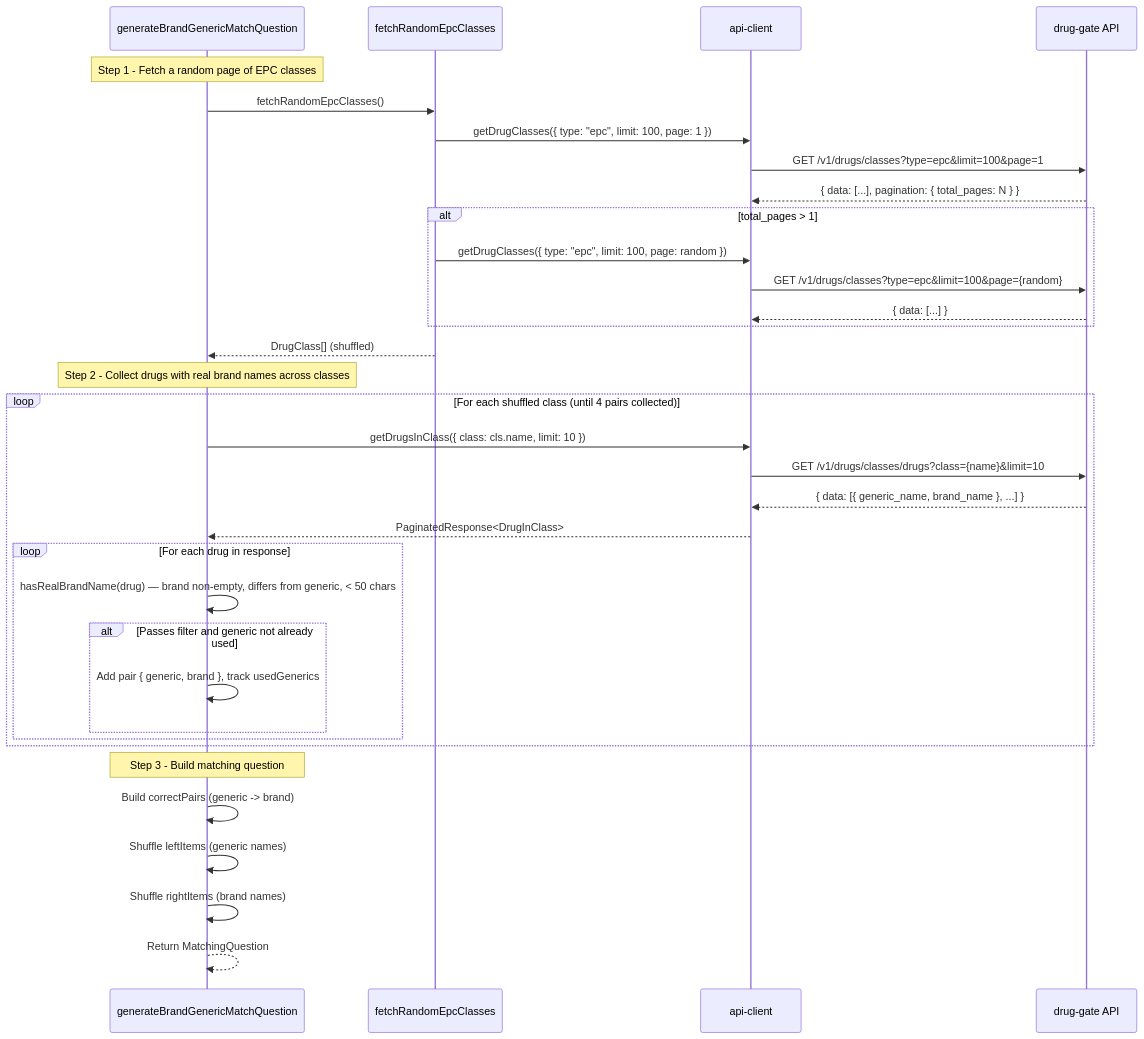
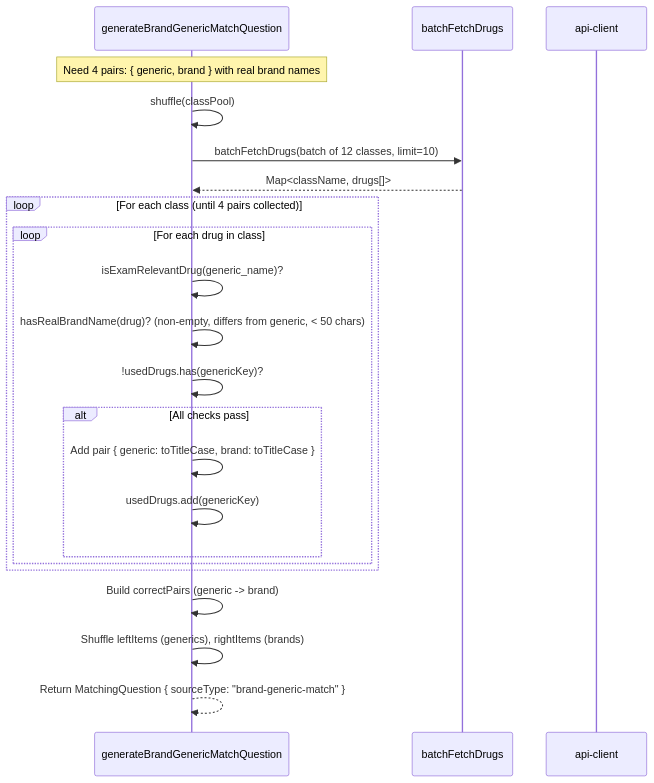
The sixth of 13 diagrams in docs/sequence-diagram.md (finish06/drugs-quiz), drawn with Mermaid before and after one commit. The commit also changed other lines of this file and 1 other file, not shown here.

First line of the commit message:
docs: update CLAUDE.md and sequence diagrams for M3/M4

````diff
--- a/docs/sequence-diagram.md
+++ b/docs/sequence-diagram.md
@@ -154,40 +212,28 @@
 ```mermaid
 sequenceDiagram
     participant Gen as generateBrandGenericMatchQuestion
-    participant Fetch as fetchRandomEpcClasses
+    participant Batch as batchFetchDrugs
     participant API as api-client
-    participant DrugGate as drug-gate API
 
-    Note over Gen: Step 1 - Fetch a random page of EPC classes
-    Gen->>Fetch: fetchRandomEpcClasses()
-    Fetch->>API: getDrugClasses({ type: "epc", limit: 100, page: 1 })
-    API->>DrugGate: GET /v1/drugs/classes?type=epc&limit=100&page=1
-    DrugGate-->>API: { data: [...], pagination: { total_pages: N } }
-    alt total_pages > 1
-        Fetch->>API: getDrugClasses({ type: "epc", limit: 100, page: random })
-        API->>DrugGate: GET /v1/drugs/classes?type=epc&limit=100&page={random}
-        DrugGate-->>API: { data: [...] }
-    end
-    Fetch-->>Gen: DrugClass[] (shuffled)
+    Note over Gen: Need 4 pairs: { generic, brand } with real brand names
+    Gen->>Gen: shuffle(classPool)
 
-    Note over Gen: Step 2 - Collect drugs with real brand names across classes
-    loop For each shuffled class (until 4 pairs collected)
-        Gen->>API: getDrugsInClass({ class: cls.name, limit: 10 })
-        API->>DrugGate: GET /v1/drugs/classes/drugs?class={name}&limit=10
-        DrugGate-->>API: { data: [{ generic_name, brand_name }, ...] }
-        API-->>Gen: PaginatedResponse<DrugInClass>
+    Gen->>Batch: batchFetchDrugs(batch of 12 classes, limit=10)
+    Batch-->>Gen: Map<className, drugs[]>
 
-        loop For each drug in response
-            Gen->>Gen: hasRealBrandName(drug) — brand non-empty, differs from generic, < 50 chars
-            alt Passes filter and generic not already used
-                Gen->>Gen: Add pair { generic, brand }, track usedGenerics
+    loop For each class (until 4 pairs collected)
+        loop For each drug in class
+            Gen->>Gen: isExamRelevantDrug(generic_name)?
+            Gen->>Gen: hasRealBrandName(drug)? (non-empty, differs from generic, < 50 chars)
+            Gen->>Gen: !usedDrugs.has(genericKey)?
+            alt All checks pass
+                Gen->>Gen: Add pair { generic: toTitleCase, brand: toTitleCase }
+                Gen->>Gen: usedDrugs.add(genericKey)
             end
         end
     end
 
-    Note over Gen: Step 3 - Build matching question
     Gen->>Gen: Build correctPairs (generic -> brand)
-    Gen->>Gen: Shuffle leftItems (generic names)
-    Gen->>Gen: Shuffle rightItems (brand names)
-    Gen-->>Gen: Return MatchingQuestion
+    Gen->>Gen: Shuffle leftItems (generics), rightItems (brands)
+    Gen-->>Gen: Return MatchingQuestion { sourceType: "brand-generic-match" }
 ```
````
